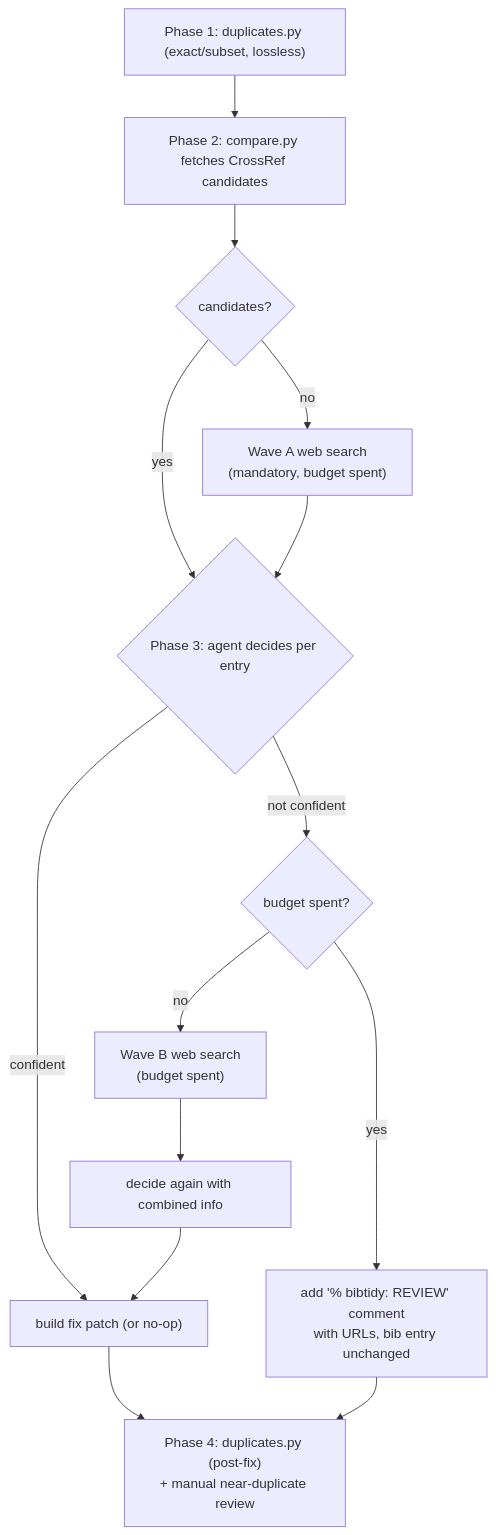
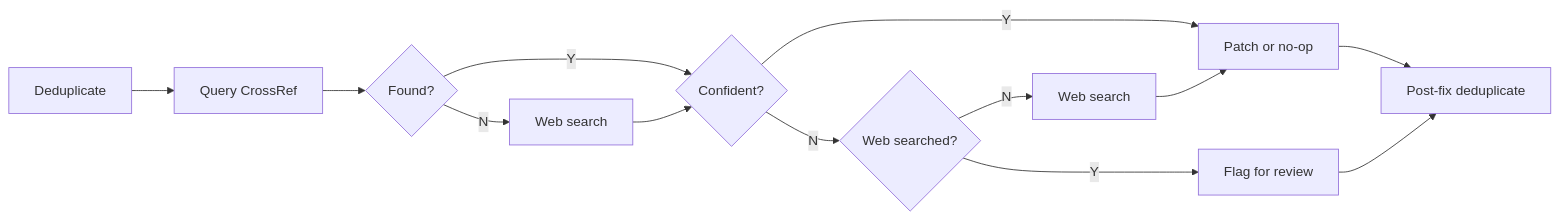
One commit to mathpluscode/bibtidy changed the diagram in README.md. Above: the diagram before and after it, drawn with Mermaid. The commit also changed other lines of this file and 4 other files, not shown here.

````diff
--- a/README.md
+++ b/README.md
@@ -74,24 +74,23 @@
 ```mermaid
-flowchart TD
-    P1["Phase 1: duplicates.py (exact/subset, lossless)"]
-    P2["Phase 2: compare.py fetches CrossRef candidates"]
-    HAS{"candidates?"}
-    WA["Wave A web search<br/>(mandatory, budget spent)"]
-    P3{"Phase 3: agent decides per entry"}
-    BUDGET{"budget spent?"}
-    WB["Wave B web search<br/>(budget spent)"]
-    DECIDE2["decide again with combined info"]
-    REVIEW["add '% bibtidy: REVIEW' comment<br/>with URLs, bib entry unchanged"]
-    PATCH["build fix patch (or no-op)"]
-    P4["Phase 4: duplicates.py (post-fix)<br/>+ manual near-duplicate review"]
+flowchart LR
+    P1["Deduplicate"]
+    P2["Query CrossRef"]
+    HAS{"Found?"}
+    WA["Web search"]
+    P3{"Confident?"}
+    BUDGET{"Web searched?"}
+    WB["Web search"]
+    PATCH["Patch or no-op"]
+    REVIEW["Flag for review"]
+    P4["Post-fix deduplicate"]
 
     P1 --> P2 --> HAS
-    HAS -- yes --> P3
-    HAS -- no --> WA --> P3
-    P3 -- confident --> PATCH
-    P3 -- not confident --> BUDGET
-    BUDGET -- no --> WB --> DECIDE2 --> PATCH
-    BUDGET -- yes --> REVIEW
+    HAS -- Y --> P3
+    HAS -- N --> WA --> P3
+    P3 -- Y --> PATCH
+    P3 -- N --> BUDGET
+    BUDGET -- N --> WB --> PATCH
+    BUDGET -- Y --> REVIEW
     PATCH --> P4
     REVIEW --> P4
 ```
````
